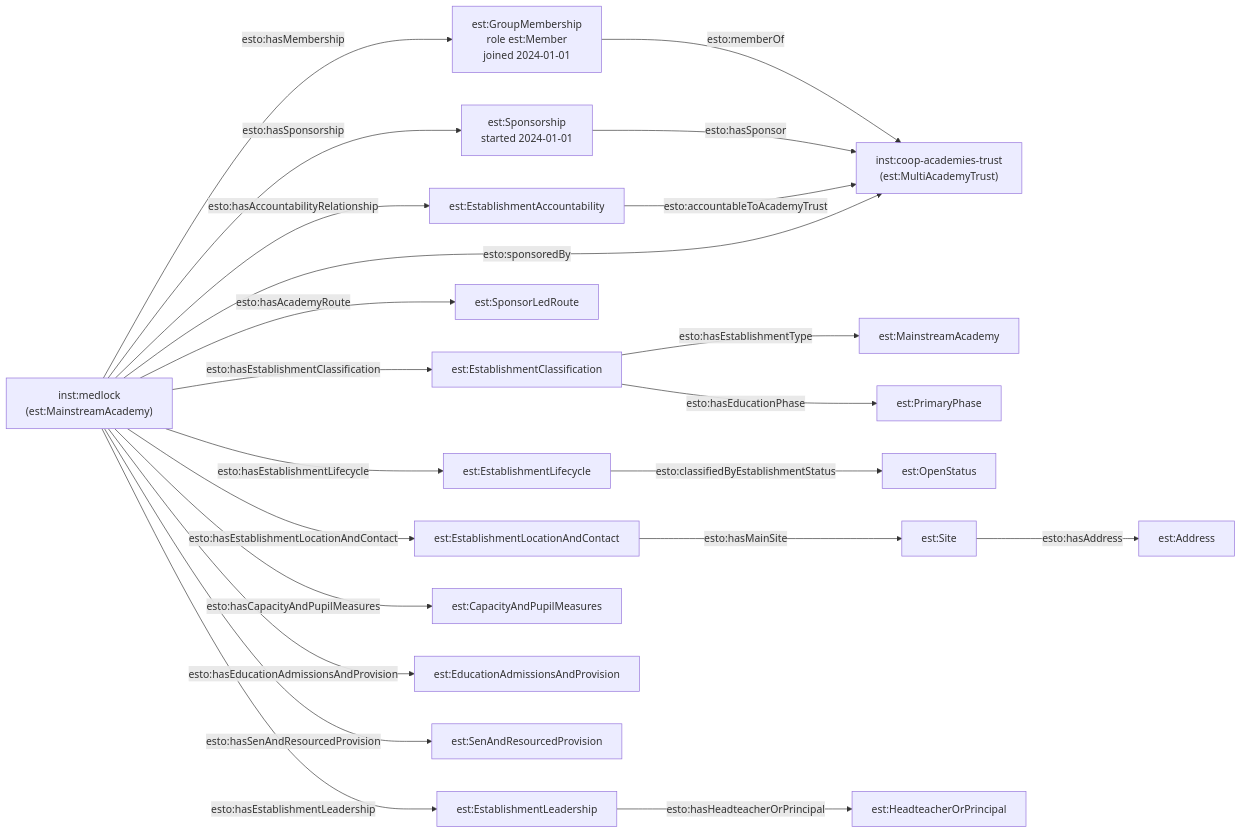
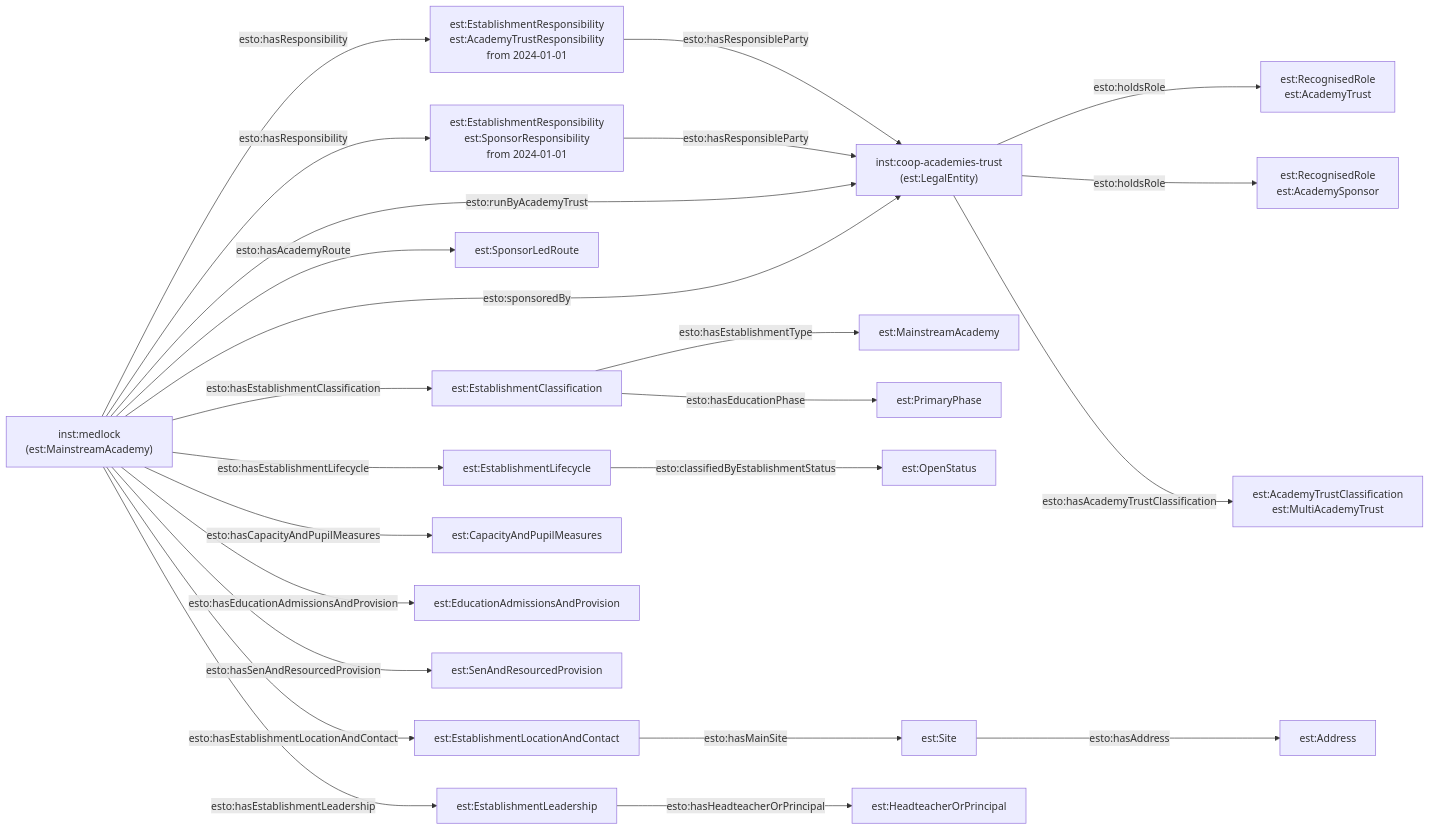
Before and after one commit to DFE-Digital/education-provider-registry-docs: the second of 2 diagrams in docs-site/content/models/establishment/worked-examples/medlock-mat/index.md, drawn with Mermaid. The commit also changed other lines of this file and 100 other files, not shown here.

````diff
--- a/docs-site/content/models/establishment/worked-examples/medlock-mat/index.md
+++ b/docs-site/content/models/establishment/worked-examples/medlock-mat/index.md
@@ -75,33 +75,35 @@
 ```mermaid
 flowchart LR
-    AT["inst:coop-academies-trust<br/>(est:MultiAcademyTrust)"]
+    AT["inst:coop-academies-trust<br/>(est:LegalEntity)"]
     MED["inst:medlock<br/>(est:MainstreamAcademy)"]
 
-    MED -->|esto:hasMembership| GM1["est:GroupMembership<br/>role est:Member<br/>joined 2024-01-01"]
-    MED -->|esto:hasSponsorship| SPN["est:Sponsorship<br/>started 2024-01-01"]
-    GM1 -->|esto:memberOf| AT
-    SPN -->|esto:hasSponsor| AT
+    AT -->|esto:holdsRole| R1["est:RecognisedRole<br/>est:AcademyTrust"]
+    AT -->|esto:holdsRole| R2["est:RecognisedRole<br/>est:AcademySponsor"]
+    AT -->|esto:hasAcademyTrustClassification| CLS["est:AcademyTrustClassification<br/>est:MultiAcademyTrust"]
 
-    MED -->|esto:hasAccountabilityRelationship| ACC["est:EstablishmentAccountability"]
-    ACC -->|esto:accountableToAcademyTrust| AT
+    MED -->|esto:hasResponsibility| RUN["est:EstablishmentResponsibility<br/>est:AcademyTrustResponsibility<br/>from 2024-01-01"]
+    MED -->|esto:hasResponsibility| SPN["est:EstablishmentResponsibility<br/>est:SponsorResponsibility<br/>from 2024-01-01"]
+    RUN -->|esto:hasResponsibleParty| AT
+    SPN -->|esto:hasResponsibleParty| AT
+    MED -->|esto:runByAcademyTrust| AT
     MED -->|esto:sponsoredBy| AT
 
     MED -->|esto:hasEstablishmentClassification| CL["est:EstablishmentClassification"]
     CL -->|esto:hasEstablishmentType| TY["est:MainstreamAcademy"]
     CL -->|esto:hasEducationPhase| PH["est:PrimaryPhase"]
     MED -->|esto:hasAcademyRoute| RT["est:SponsorLedRoute"]
 
     MED -->|esto:hasEstablishmentLifecycle| LC["est:EstablishmentLifecycle"]
     LC -->|esto:classifiedByEstablishmentStatus| OS["est:OpenStatus"]
 
     MED -->|esto:hasEstablishmentLocationAndContact| LOC["est:EstablishmentLocationAndContact"]
     LOC -->|esto:hasMainSite| SITE["est:Site"]
     SITE -->|esto:hasAddress| ADDR["est:Address"]
 
     MED -->|esto:hasEstablishmentLeadership| LEAD["est:EstablishmentLeadership"]
     LEAD -->|esto:hasHeadteacherOrPrincipal| HT["est:HeadteacherOrPrincipal"]
 
     MED -->|esto:hasCapacityAndPupilMeasures| CAP["est:CapacityAndPupilMeasures"]
     MED -->|esto:hasEducationAdmissionsAndProvision| ADM["est:EducationAdmissionsAndProvision"]
     MED -->|esto:hasSenAndResourcedProvision| SEN["est:SenAndResourcedProvision"]
 ```
````
